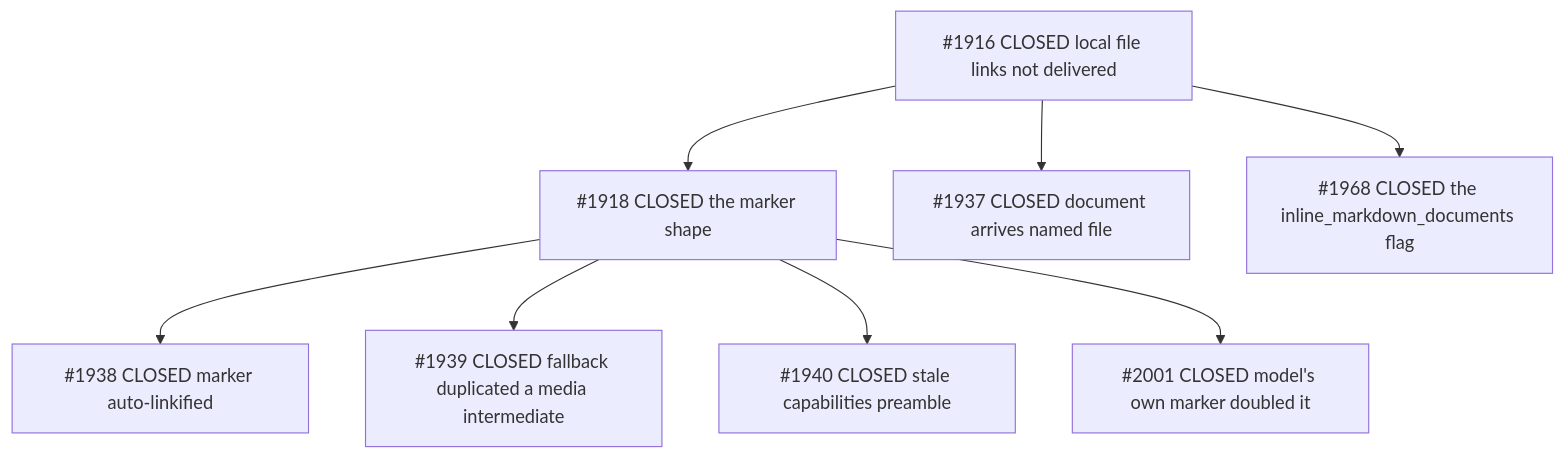
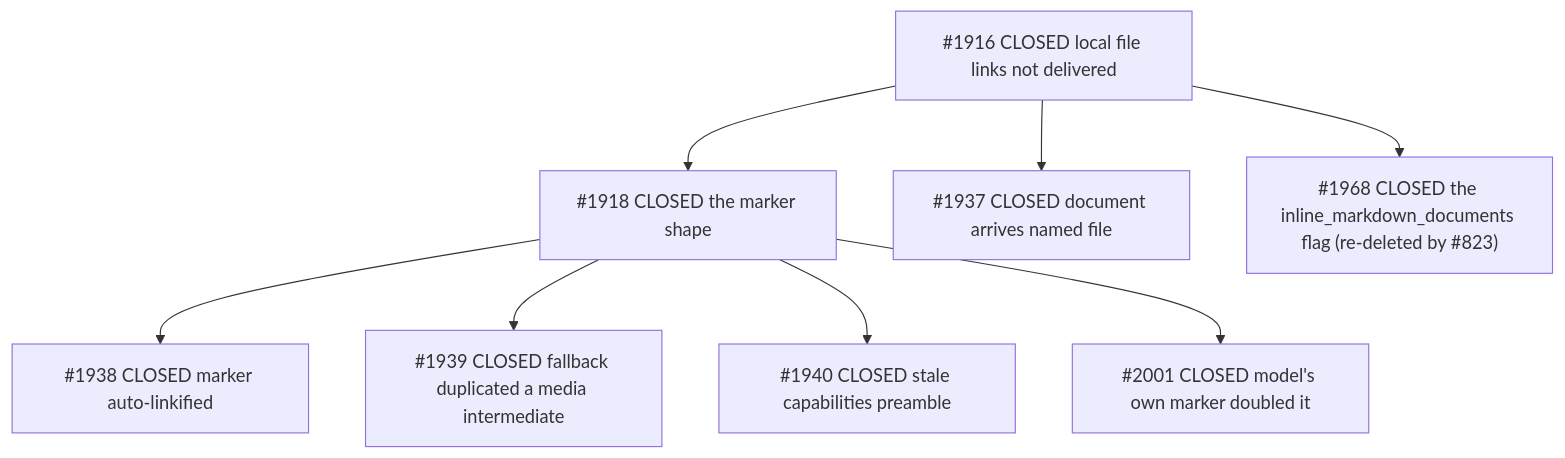
One commit to leshchenko1979/opencrabs changed the second of 2 diagrams in docs/adr/0001-telegram-local-file-and-image-delivery.md. Above: the diagram before and after it, drawn with Mermaid. The commit also changed other lines of this file and 8 other files, not shown here.

````diff
--- a/docs/adr/0001-telegram-local-file-and-image-delivery.md
+++ b/docs/adr/0001-telegram-local-file-and-image-delivery.md
@@ -441,10 +448,10 @@
 ```mermaid
 flowchart TD
   1916["#1916 CLOSED local file links not delivered"] --> 1918["#1918 CLOSED the marker shape"]
   1916 --> 1937["#1937 CLOSED document arrives named file"]
-  1916 --> 1968["#1968 CLOSED the inline_markdown_documents flag"]
+  1916 --> 1968["#1968 CLOSED the inline_markdown_documents flag (re-deleted by #823)"]
   1918 --> 1938["#1938 CLOSED marker auto-linkified"]
   1918 --> 1939["#1939 CLOSED fallback duplicated a media intermediate"]
   1918 --> 1940["#1940 CLOSED stale capabilities preamble"]
   1918 --> 2001["#2001 CLOSED model's own marker doubled it"]
 ```
````
